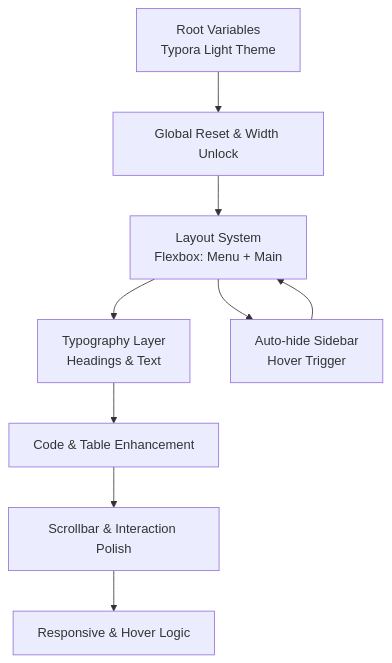
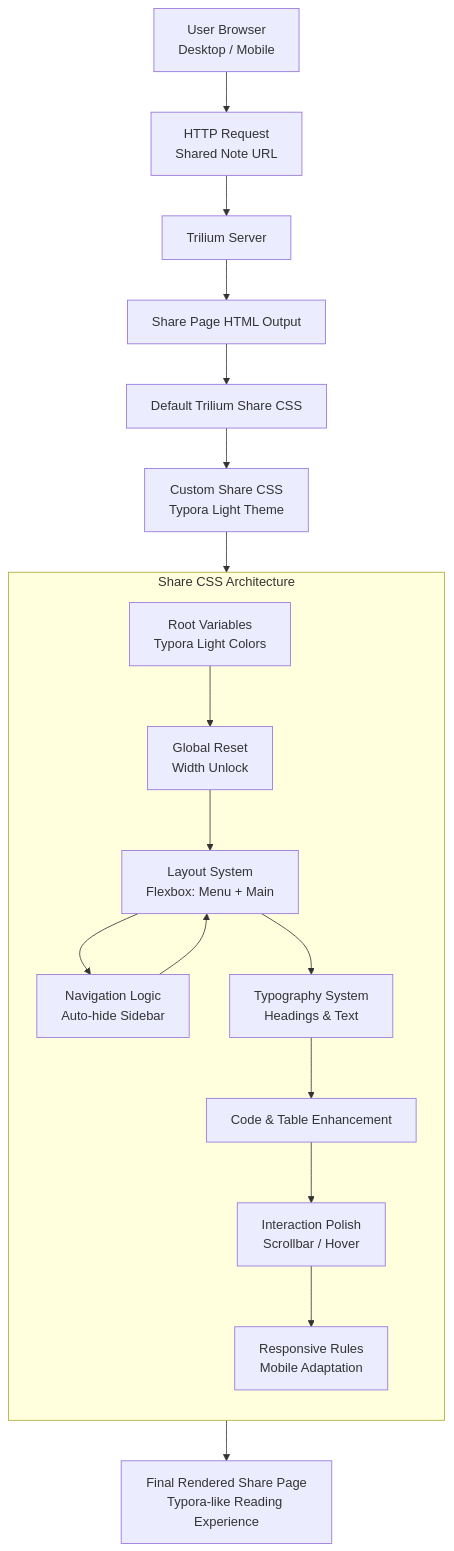
The diagram in README.md (ATcn/trilium-share-css), drawn with Mermaid before and after one commit.

````diff
--- a/README.md
+++ b/README.md
@@ -2,13 +2,40 @@
 ```mermaid
 flowchart TD
-A[Root Variables<br/>Typora Light Theme] --> B[Global Reset & Width Unlock]
-B --> C[Layout System<br/>Flexbox: Menu + Main]
-C --> D[Typography Layer<br/>Headings & Text]
-D --> E[Code & Table Enhancement]
-E --> F[Scrollbar & Interaction Polish]
-F --> G[Responsive & Hover Logic]
 
+%% =========================
+%% Layer 1: User & Browser
+%% =========================
+U[User Browser<br/>Desktop / Mobile] --> R[HTTP Request<br/>Shared Note URL]
 
-C --> H[Auto-hide Sidebar<br/>Hover Trigger]
-H --> C
+%% =========================
+%% Layer 2: Trilium Share Pipeline
+%% =========================
+R --> T[Trilium Server]
+T --> S[Share Page HTML Output]
+S --> D[Default Trilium Share CSS]
+D --> C[Custom Share CSS<br/>Typora Light Theme]
+
+%% =========================
+%% Layer 3: Share CSS Architecture
+%% =========================
+subgraph CSS["Share CSS Architecture"]
+    direction TD
+
+    V[Root Variables<br/>Typora Light Colors] --> G[Global Reset<br/>Width Unlock]
+    G --> L[Layout System<br/>Flexbox: Menu + Main]
+    L --> N[Navigation Logic<br/>Auto-hide Sidebar]
+    L --> T2[Typography System<br/>Headings & Text]
+    T2 --> CT[Code & Table Enhancement]
+    CT --> I[Interaction Polish<br/>Scrollbar / Hover]
+    I --> R2[Responsive Rules<br/>Mobile Adaptation]
+
+    N --> L
+end
+
+C --> V
+
+%% =========================
+%% Final Render
+%% =========================
+R2 --> F[Final Rendered Share Page<br/>Typora-like Reading Experience]
 ```
````
